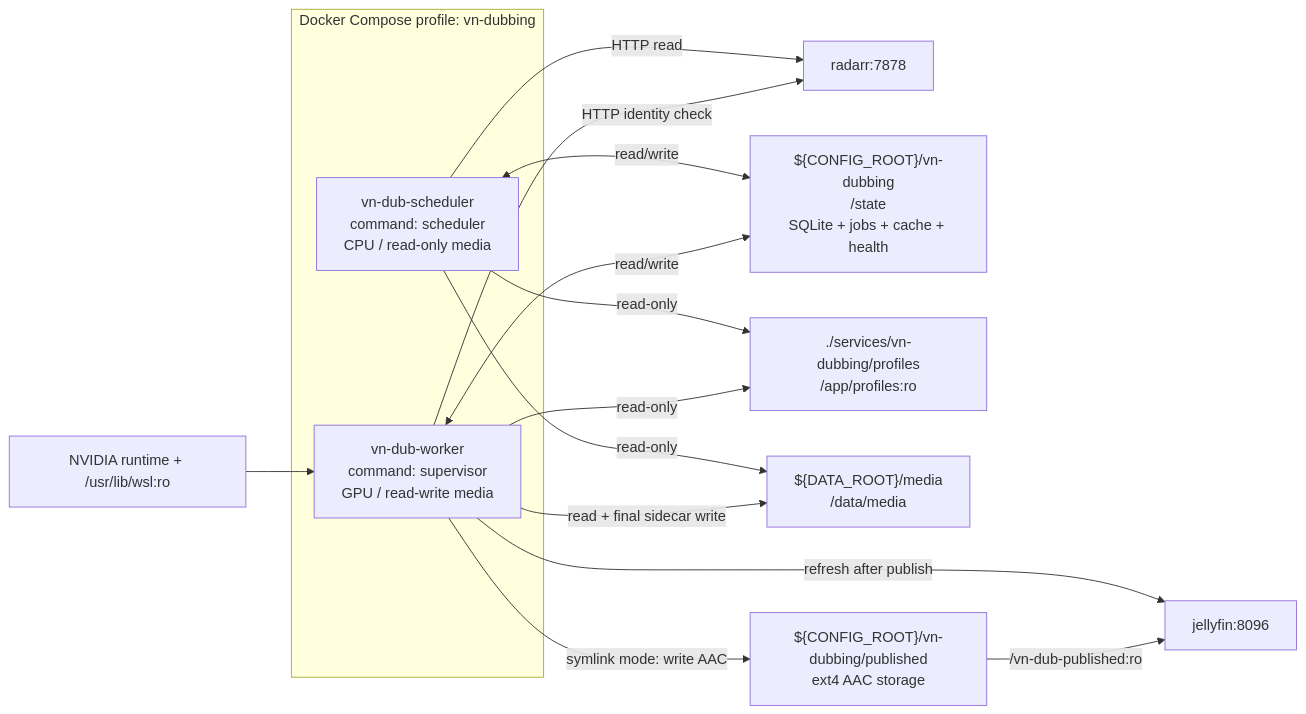
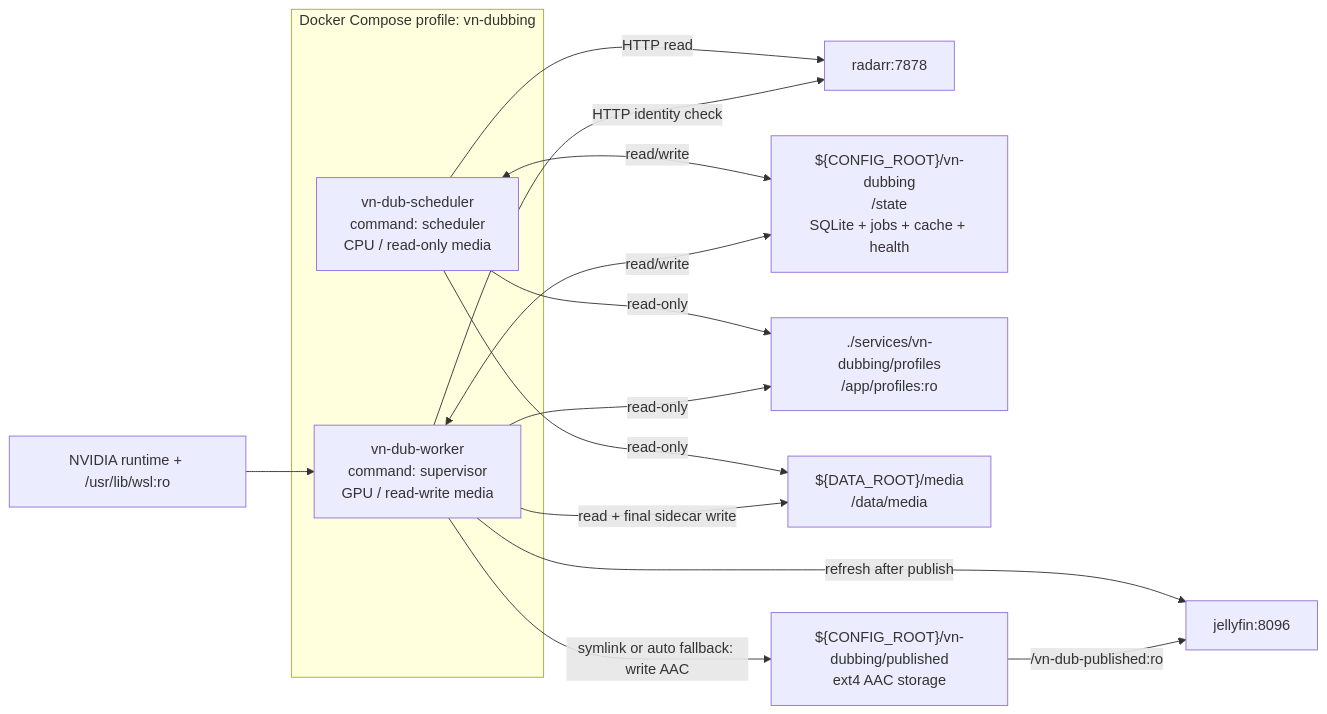
One commit to hiepgithub2001/nas-lab changed the fourth of 4 diagrams in docs/arr-servers/vietnamese-ai-dubbing.md/coding-and-container-patterns.md. Above: the diagram before and after it, drawn with Mermaid. The commit also changed other lines of this file and 14 other files, not shown here.

````diff
--- a/docs/arr-servers/vietnamese-ai-dubbing.md/coding-and-container-patterns.md
+++ b/docs/arr-servers/vietnamese-ai-dubbing.md/coding-and-container-patterns.md
@@ -271,29 +286,29 @@
 ```mermaid
 flowchart LR
     subgraph Compose["Docker Compose profile: vn-dubbing"]
         Scheduler["vn-dub-scheduler<br/>command: scheduler<br/>CPU / read-only media"]
         Worker["vn-dub-worker<br/>command: supervisor<br/>GPU / read-write media"]
     end
 
     Radarr["radarr:7878"]
     Jellyfin["jellyfin:8096"]
     State["${CONFIG_ROOT}/vn-dubbing<br/>/state<br/>SQLite + jobs + cache + health"]
     Profile["./services/vn-dubbing/profiles<br/>/app/profiles:ro"]
     Media["${DATA_ROOT}/media<br/>/data/media"]
     Published["${CONFIG_ROOT}/vn-dubbing/published<br/>ext4 AAC storage"]
     GPU["NVIDIA runtime + /usr/lib/wsl:ro"]
 
     Scheduler -->|"HTTP read"| Radarr
     Scheduler <-->|"read/write"| State
     Scheduler -->|"read-only"| Media
     Scheduler -->|"read-only"| Profile
 
     Worker -->|"HTTP identity check"| Radarr
     Worker -->|"refresh after publish"| Jellyfin
     Worker <-->|"read/write"| State
     Worker -->|"read + final sidecar write"| Media
-    Worker -->|"symlink mode: write AAC"| Published
+    Worker -->|"symlink or auto fallback: write AAC"| Published
     Published -->|"/vn-dub-published:ro"| Jellyfin
     Worker -->|"read-only"| Profile
     GPU --> Worker
 ```
````
